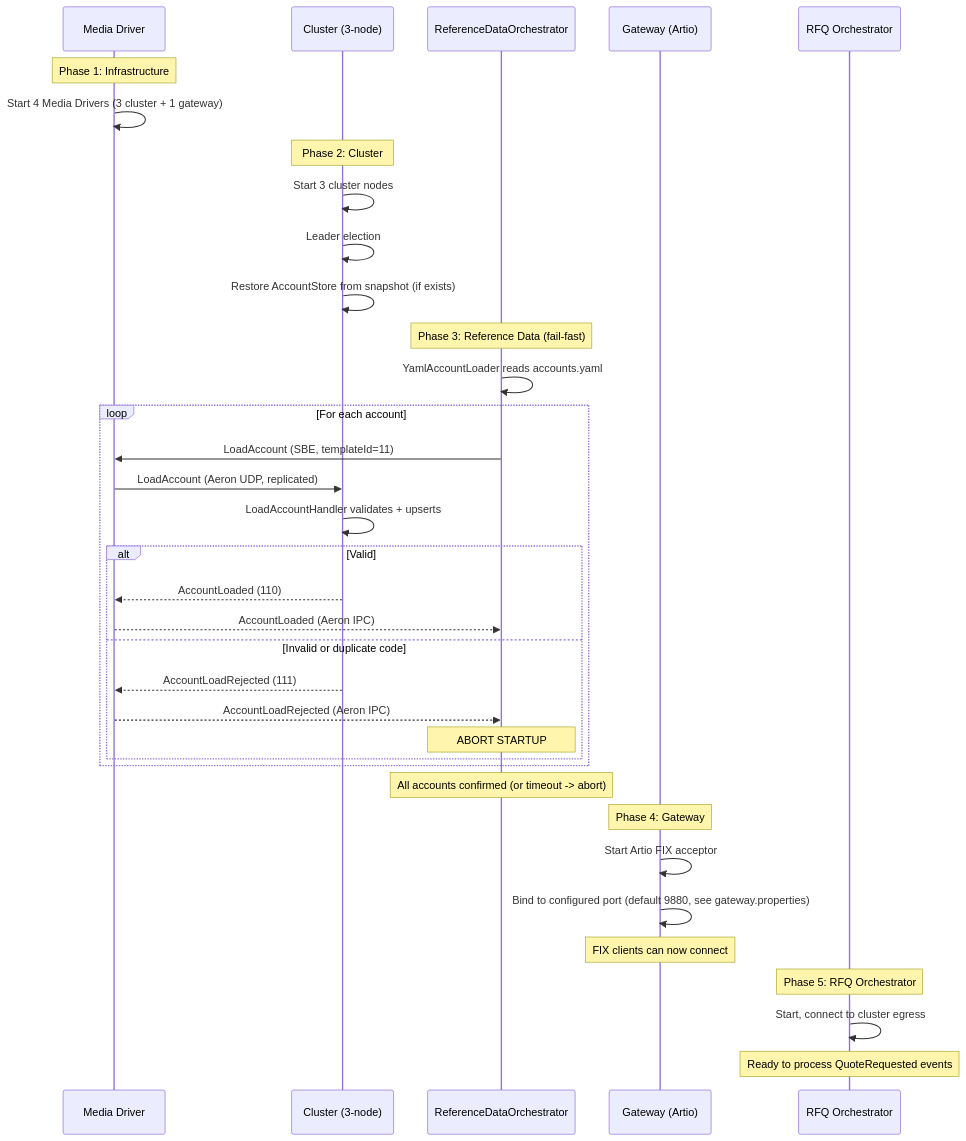
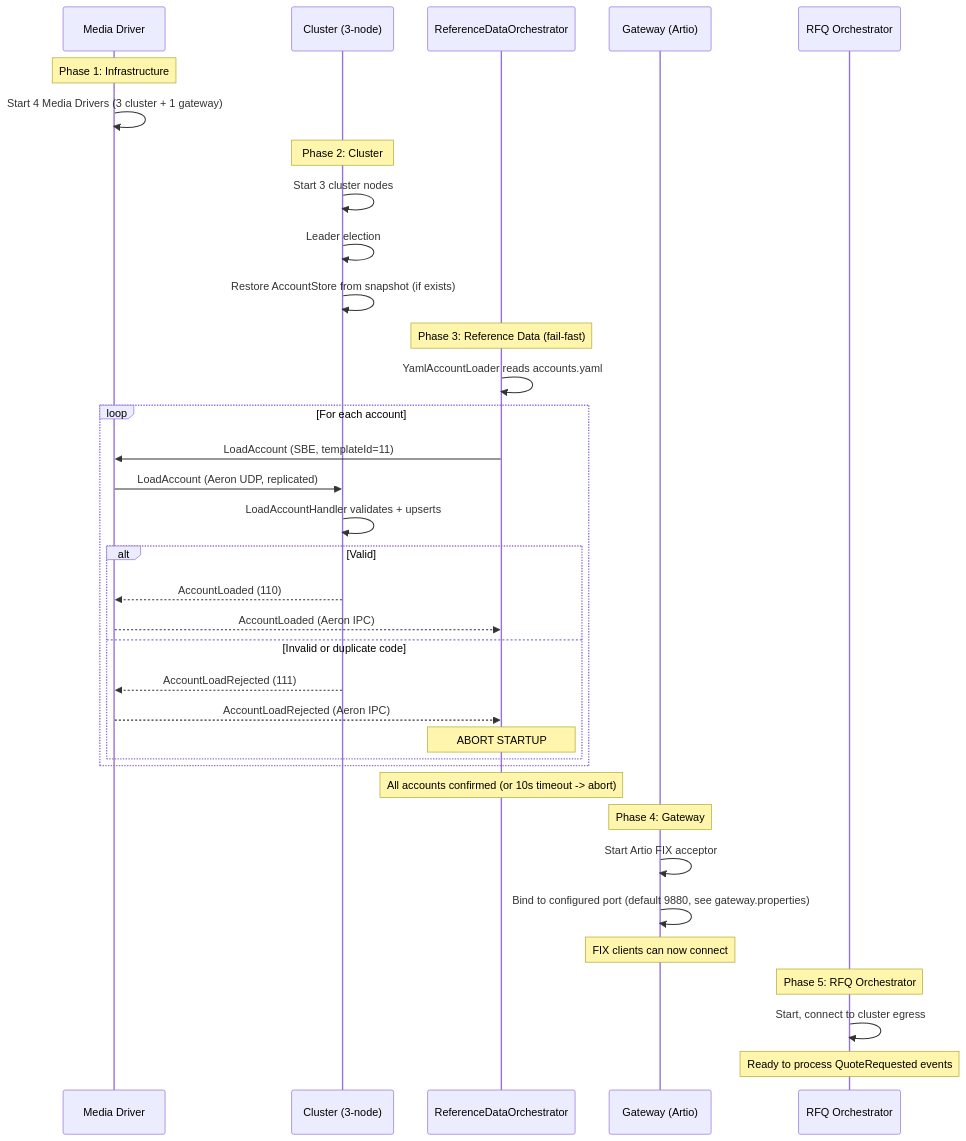
The fourth of 4 diagrams in docs/sequences.md (jsohi/app-trading-engine), drawn with Mermaid before and after one commit. The commit also changed 2 other files, not shown here.

Commit message:
APP-57: Address PR review — timeout, overflow, critical path
- Make timeout explicit (10s) in startup sequence diagram note
- Replace floating-point 1e8 with integer literal 100_000_000L in
  scale correction example to match integer-only cluster arithmetic
- Update critical path estimate from ~16 to ~18 serial steps for
  APP-57 -> APP-58 -> APP-60 reference data dependency chain

````diff
--- a/docs/sequences.md
+++ b/docs/sequences.md
@@ -183,42 +183,42 @@
 ```mermaid
 sequenceDiagram
     participant MD as Media Driver
     participant K as Cluster (3-node)
     participant RDO as ReferenceDataOrchestrator
     participant G as Gateway (Artio)
     participant O as RFQ Orchestrator
 
     Note over MD: Phase 1: Infrastructure
     MD->>MD: Start 4 Media Drivers (3 cluster + 1 gateway)
 
     Note over K: Phase 2: Cluster
     K->>K: Start 3 cluster nodes
     K->>K: Leader election
     K->>K: Restore AccountStore from snapshot (if exists)
 
     Note over RDO: Phase 3: Reference Data (fail-fast)
     RDO->>RDO: YamlAccountLoader reads accounts.yaml
     loop For each account
         RDO->>MD: LoadAccount (SBE, templateId=11)
         MD->>K: LoadAccount (Aeron UDP, replicated)
         K->>K: LoadAccountHandler validates + upserts
         alt Valid
             K-->>MD: AccountLoaded (110)
             MD-->>RDO: AccountLoaded (Aeron IPC)
         else Invalid or duplicate code
             K-->>MD: AccountLoadRejected (111)
             MD-->>RDO: AccountLoadRejected (Aeron IPC)
             Note over RDO: ABORT STARTUP
         end
     end
-    Note over RDO: All accounts confirmed (or timeout -> abort)
+    Note over RDO: All accounts confirmed (or 10s timeout -> abort)
 
     Note over G: Phase 4: Gateway
     G->>G: Start Artio FIX acceptor
     G->>G: Bind to configured port (default 9880, see gateway.properties)
     Note over G: FIX clients can now connect
 
     Note over O: Phase 5: RFQ Orchestrator
     O->>O: Start, connect to cluster egress
     Note over O: Ready to process QuoteRequested events
 ```
````
